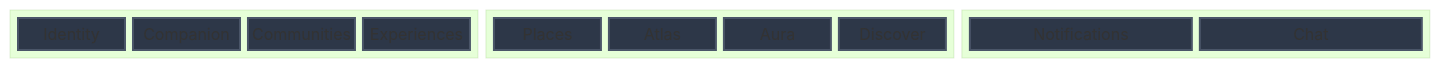
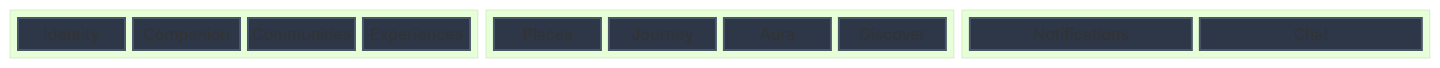
Before and after one commit to nerdlydev/yume: the first of 2 diagrams in docs/01-Architecture/Domain-Driven-Design.md, drawn with Mermaid (forest theme). The commit also changed other lines of this file and 18 other files, not shown here.

````diff
--- a/docs/01-Architecture/Domain-Driven-Design.md
+++ b/docs/01-Architecture/Domain-Driven-Design.md
@@ -23,27 +23,27 @@
 ```mermaid
 block-beta
   columns 4
   
   block:Group1
     Identity
     Companion
     Communities
     Experiences
   end
 
   block:Group2
     Places
-    Atlas
+    Journey
     Aura
     Discover
   end
 
   block:Group3
     Notifications
     Chat
   end
 
   %% Styling
   classDef domain fill:#2D3748,stroke:#4A5568,stroke-width:2px,color:#fff,rx:5px
-  class Identity,Companion,Communities,Experiences,Places,Atlas,Aura,Discover,Notifications,Chat domain
+  class Identity,Companion,Communities,Experiences,Places,Journey,Aura,Discover,Notifications,Chat domain
 ```
````
